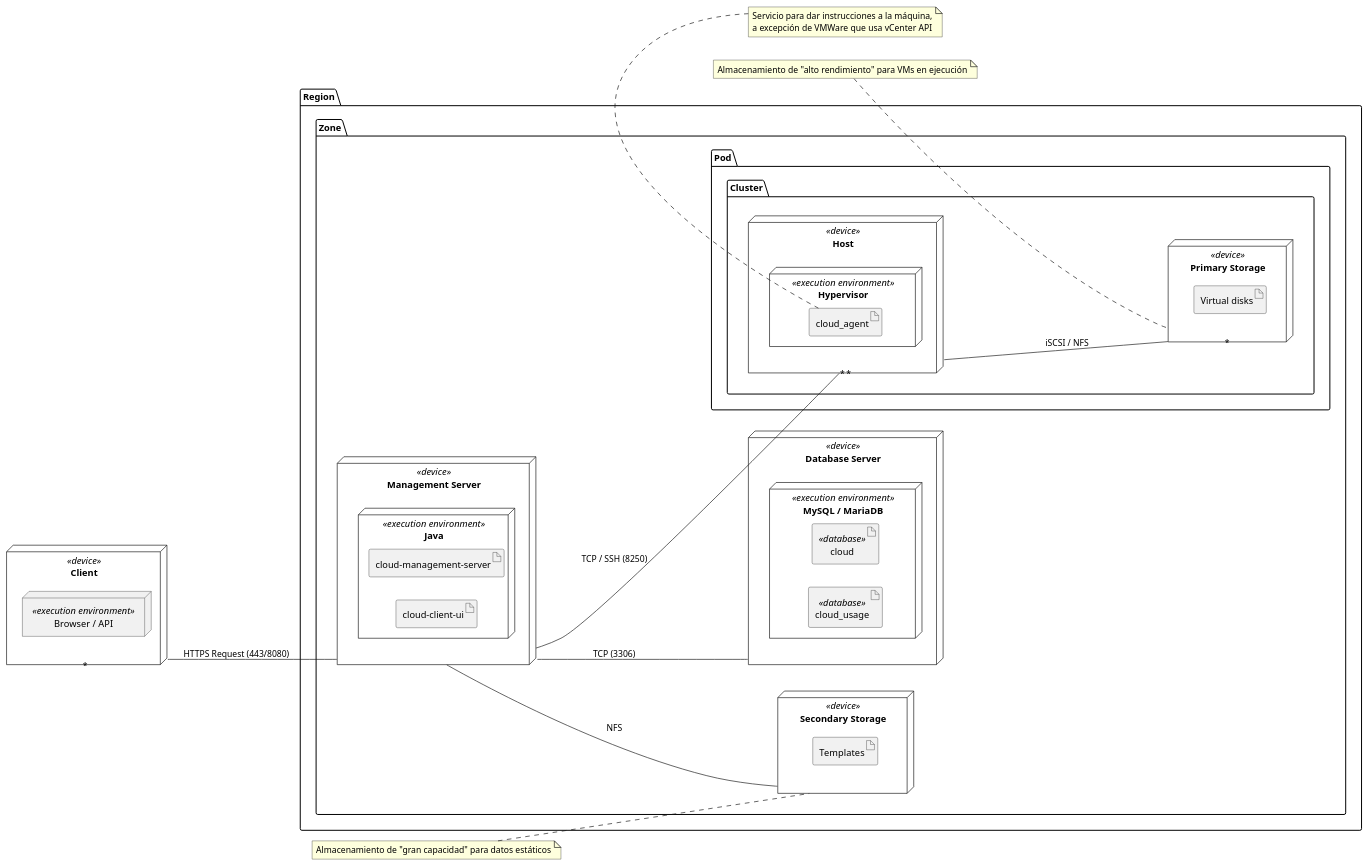
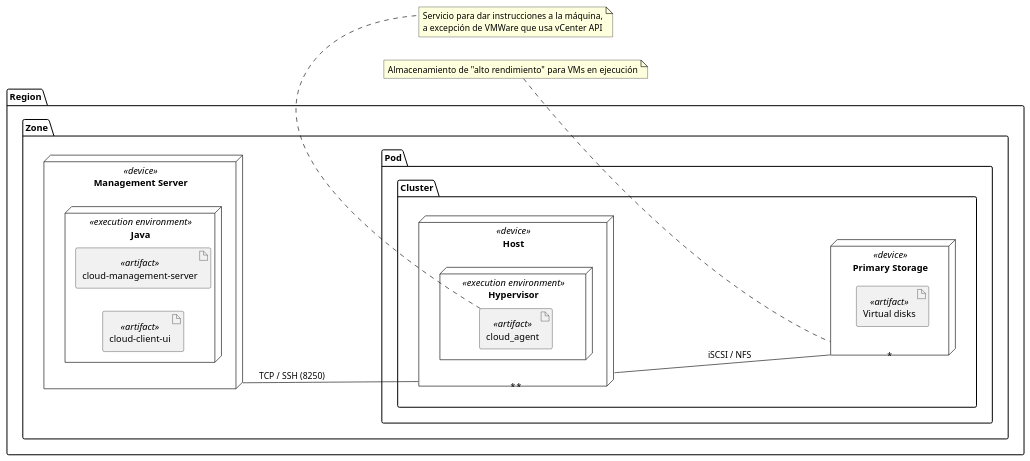
One commit to Rotrex53/Arquitectura-CloudStack changed the diagram in deployment.puml. Above: the diagram before and after it, drawn with PlantUML.

Commit message:
deployment uml modified

```diff
--- a/deployment.puml
+++ b/deployment.puml
@@ -1,72 +1,72 @@
 @startuml
 ' Esto hace que el diagrama se dibuje de izquierda a derecha automáticamente
 left to right direction
 
 ' ============= Componentes ==============
-node "Client" <<device>> {
-    node "Browser / API" <<execution environment>> as browser {
-        
-    }
-}
+'node "Client" <<device>> {
+'    node "Browser / API" <<execution environment>> as browser {
+'        
+'    }
+'}
 
 package "Region" {
     package "Zone" {
         ' Centro de control de Hosts
         node "Management Server" <<device>> as Server {
             node "Java" <<execution environment>> {
-                artifact "cloud-management-server" as cloudmanag
-                artifact "cloud-client-ui" as cloudclient
+                artifact "cloud-management-server" <<artifact>> as cloudmanag
+                artifact "cloud-client-ui" <<artifact>> as cloudclient
             }
         }
         ' Controlador de la db 
-        node "Database Server" <<device>> as DB {
-            node "MySQL / MariaDB" <<execution environment>> {
-                artifact "cloud" <<database>>
-                artifact "cloud_usage" <<database>>
-            }
-        }
+        'node "Database Server" <<device>> as DB {
+        '    node "MySQL / MariaDB" <<execution environment>> {
+        '        artifact "cloud" <<database>>
+        '        artifact "cloud_usage" <<database>>
+        '    }
+        '}
         ' Almacenamiento estático 
-        node "Secondary Storage" <<device>> as secstorage {
-            artifact "Templates"
-        }
+        'node "Secondary Storage" <<device>> as secstorage {
+        '    artifact "Templates" <<artifact>>
+        '}
 
         package "Pod" {
             package "Cluster" {
                 ' Máquina virtual
                 node "Host" <<device>> as Host{
                     node "Hypervisor" <<execution environment>> {
-                        artifact "cloud_agent"
-                    }
+                        artifact "cloud_agent" <<artifact>>
+                     }
                 }
                 ' Almacenamiento dinámico
                 node "Primary Storage" <<device>> as pristorage {
-                    artifact "Virtual disks"
+                    artifact "Virtual disks" <<artifact>>
                 }
             }
         }
     }
 }
 
 ' ============ Relaciones ===============
-Client "*" -- Server: HTTPS Request (443/8080)
-Server -- DB: TCP (3306)
-Server -- secstorage: NFS
+'Client "*" -- Server: HTTPS Request (443/8080)
+'Server -- DB: TCP (3306)
+'Server -- secstorage: NFS
 Server -- "*" Host: TCP / SSH (8250)
 Host "*" -- "*" pristorage: iSCSI / NFS
 
 
 '=========== Notas =============
 note bottom of cloud_agent 
     Servicio para dar instrucciones a la máquina,
     a excepción de VMWare que usa vCenter API
 end note
 
 note left of pristorage
     Almacenamiento de "alto rendimiento" para VMs en ejecución
 end note
 
-note left of secstorage
-    Almacenamiento de "gran capacidad" para datos estáticos
-end note
+'note left of secstorage
+'    Almacenamiento de "gran capacidad" para datos estáticos
+'end note
 
 @enduml
```
